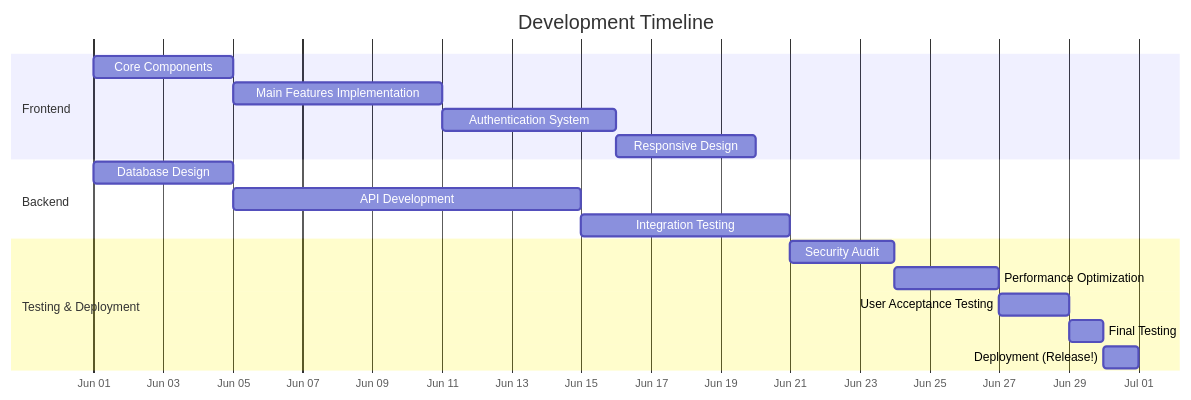
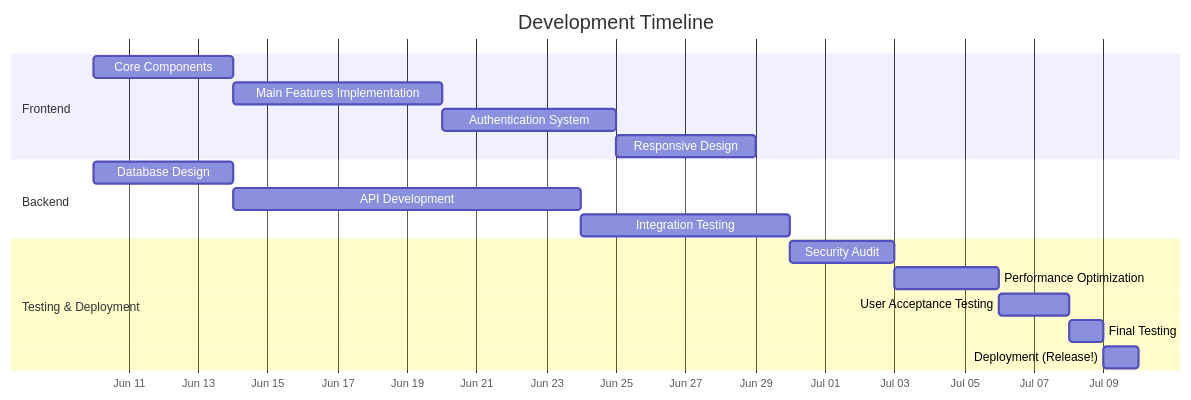
One commit to access-dlsu/website changed the diagram in README.md. Above: the diagram before and after it, drawn with Mermaid. The commit also changed other lines of this file and 5 other files, not shown here.

````diff
--- a/README.md
+++ b/README.md
@@ -6,24 +18,24 @@
 ```mermaid
 gantt
     title Development Timeline
     dateFormat  YYYY-MM-DD
     axisFormat %b %d
 
     section Frontend
-    Core Components                 :2025-06-01, 4d
-    Main Features Implementation    :2025-06-05, 6d
-    Authentication System           :2025-06-11, 5d
-    Responsive Design               :2025-06-16, 4d
+    Core Components                 :2025-06-10, 4d
+    Main Features Implementation    :2025-06-14, 6d
+    Authentication System           :2025-06-20, 5d
+    Responsive Design               :2025-06-25, 4d
 
     section Backend
-    Database Design                 :2025-06-01, 4d
-    API Development                 :2025-06-05, 10d
-    Integration Testing             :2025-06-15, 6d
+    Database Design                 :2025-06-10, 4d
+    API Development                 :2025-06-14, 10d
+    Integration Testing             :2025-06-24, 6d
 
     section Testing & Deployment
-    Security Audit                  :2025-06-21, 3d
-    Performance Optimization        :2025-06-24, 3d
-    User Acceptance Testing         :2025-06-27, 2d
-    Final Testing                   :2025-06-29, 1d
-    Deployment (Release!)           :2025-06-30, 1d
+    Security Audit                  :2025-06-30, 3d
+    Performance Optimization        :2025-07-03, 3d
+    User Acceptance Testing         :2025-07-06, 2d
+    Final Testing                   :2025-07-08, 1d
+    Deployment (Release!)           :2025-07-09, 1d
 ```
````
